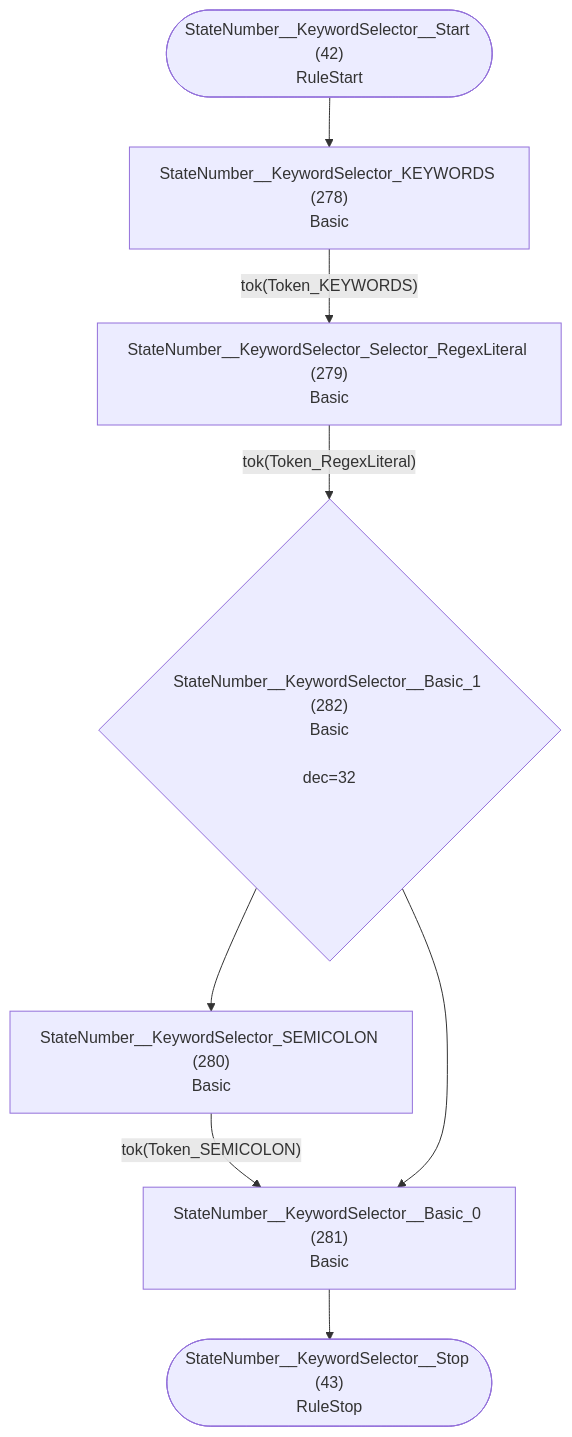
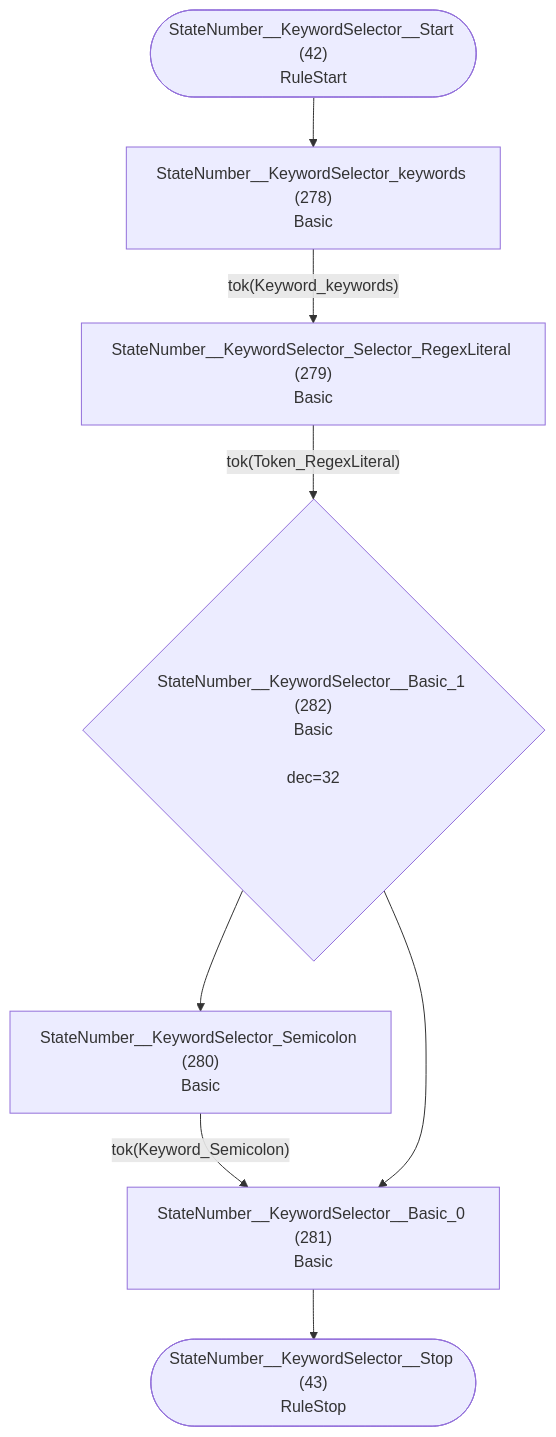
One commit to TypeFox/fastbelt changed diagram 22 of 37 in internal/grammar/atn.md. Above: the diagram before and after it, drawn with Mermaid. The commit also changed other lines of this file and 7 other files, not shown here.

````diff
--- a/internal/grammar/atn.md
+++ b/internal/grammar/atn.md
@@ -667,18 +667,18 @@
 ```mermaid
 flowchart TD
     q42(["StateNumber__KeywordSelector__Start (42)<br/>RuleStart"])
     q43(["StateNumber__KeywordSelector__Stop (43)<br/>RuleStop"])
-    q278["StateNumber__KeywordSelector_KEYWORDS (278)<br/>Basic<br/>"]
+    q278["StateNumber__KeywordSelector_keywords (278)<br/>Basic<br/>"]
     q279["StateNumber__KeywordSelector_Selector_RegexLiteral (279)<br/>Basic<br/>"]
-    q280["StateNumber__KeywordSelector_SEMICOLON (280)<br/>Basic<br/>"]
+    q280["StateNumber__KeywordSelector_Semicolon (280)<br/>Basic<br/>"]
     q281["StateNumber__KeywordSelector__Basic_0 (281)<br/>Basic<br/>"]
     q282{"StateNumber__KeywordSelector__Basic_1 (282)<br/>Basic<br/><br/>dec=32"}
 
     q42 --> q278
-    q278 -->|"tok(Token_KEYWORDS)"| q279
+    q278 -->|"tok(Keyword_keywords)"| q279
     q279 -->|"tok(Token_RegexLiteral)"| q282
-    q280 -->|"tok(Token_SEMICOLON)"| q281
+    q280 -->|"tok(Keyword_Semicolon)"| q281
     q281 --> q43
     q282 --> q280
     q282 --> q281
 ```
````
